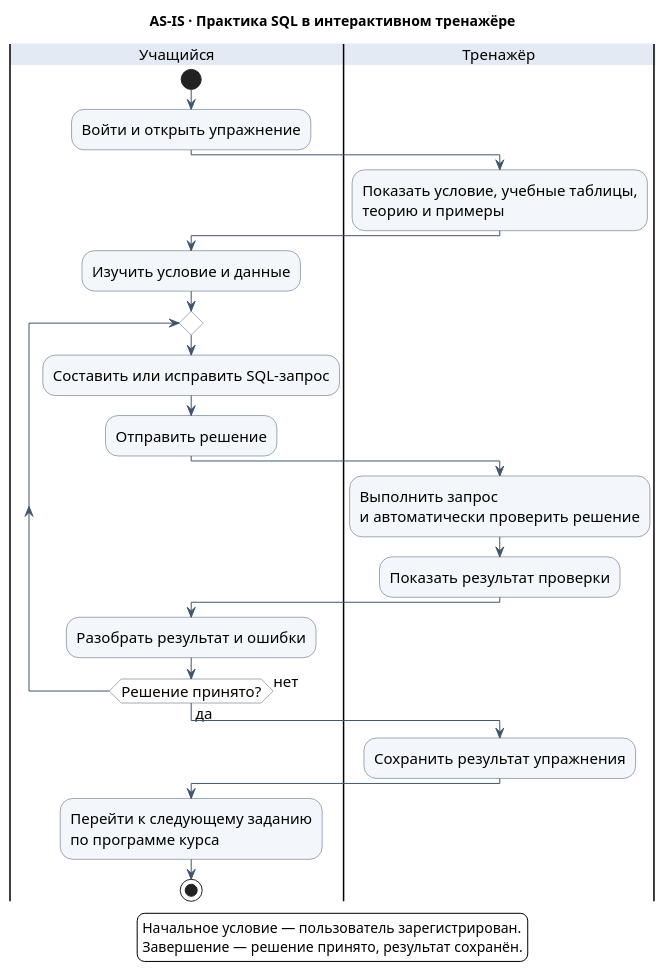
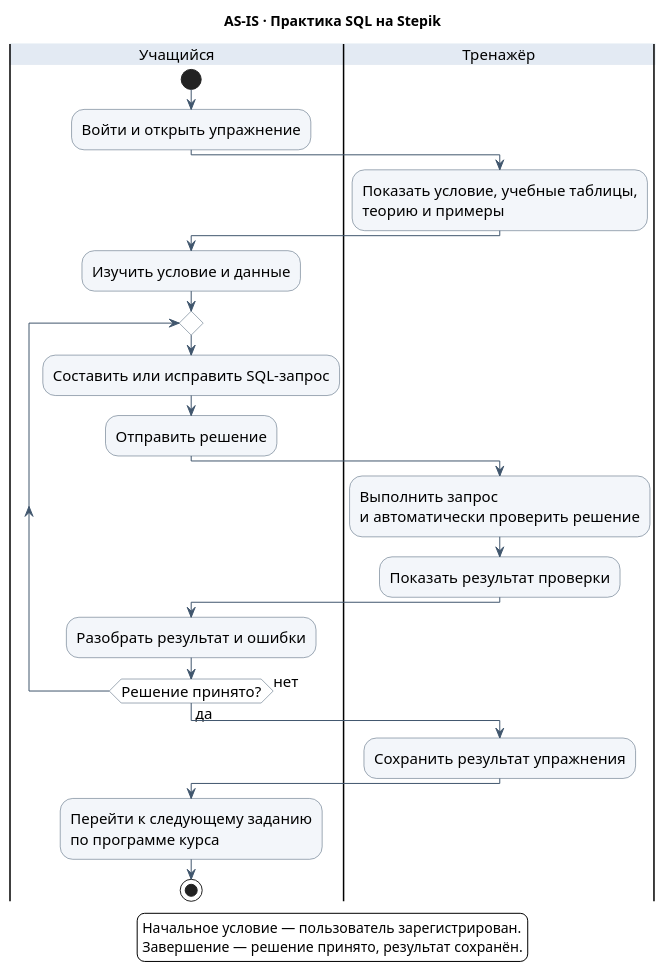
Before and after one commit to cicada-pops/vkr: the diagram in assets/learning-as-is.puml, drawn with PlantUML. The commit also changed 16 other files, not shown here.

```diff
--- a/assets/learning-as-is.puml
+++ b/assets/learning-as-is.puml
@@ -1,38 +1,38 @@
 @startuml
 skinparam defaultFontName Arial
 skinparam defaultFontSize 15
 skinparam backgroundColor white
 skinparam shadowing false
 skinparam ArrowColor #40566D
 skinparam activityBackgroundColor #F3F6FA
 skinparam activityBorderColor #40566D
 skinparam activityDiamondBackgroundColor #FFFFFF
 skinparam activityDiamondBorderColor #40566D
 skinparam swimlaneTitleBackgroundColor #E3EAF3
-title AS-IS · Практика SQL в интерактивном тренажёре
+title AS-IS · Практика SQL на Stepik
 |Учащийся|
 start
 :Войти и открыть упражнение;
 |Тренажёр|
 :Показать условие, учебные таблицы,\nтеорию и примеры;
 |Учащийся|
 :Изучить условие и данные;
 repeat
   :Составить или исправить SQL-запрос;
   :Отправить решение;
   |Тренажёр|
   :Выполнить запрос\nи автоматически проверить решение;
   :Показать результат проверки;
   |Учащийся|
   :Разобрать результат и ошибки;
 repeat while (Решение принято?) is (нет) not (да)
 |Тренажёр|
 :Сохранить результат упражнения;
 |Учащийся|
 :Перейти к следующему заданию\nпо программе курса;
 stop
 legend bottom
   Начальное условие — пользователь зарегистрирован.
   Завершение — решение принято, результат сохранён.
 endlegend
 @enduml
```
